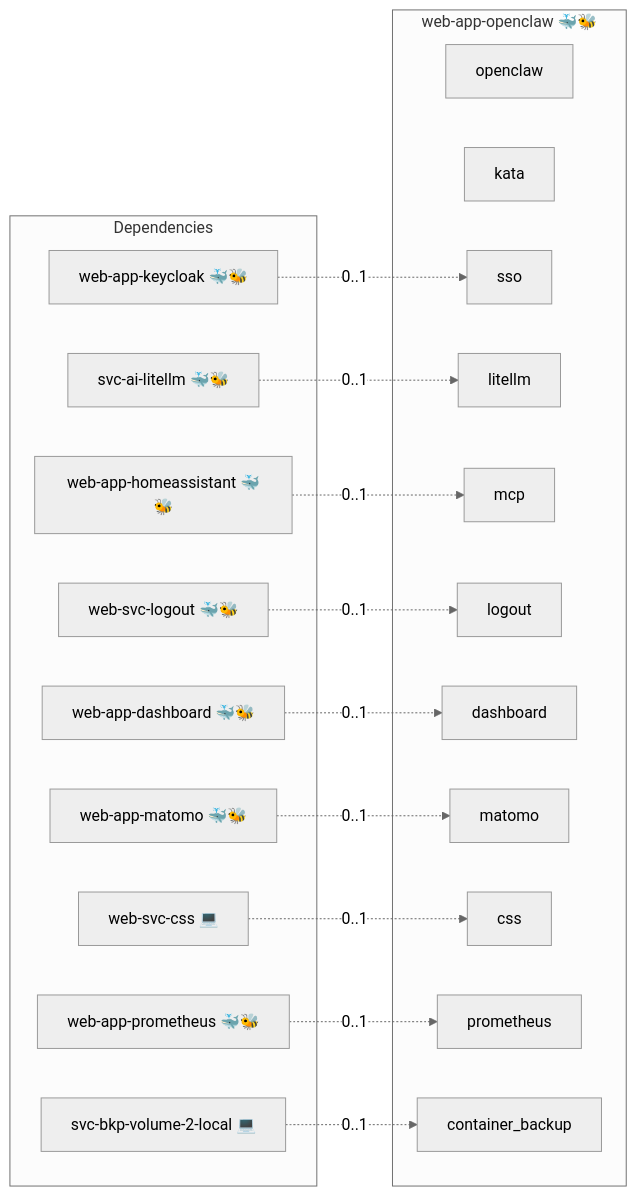
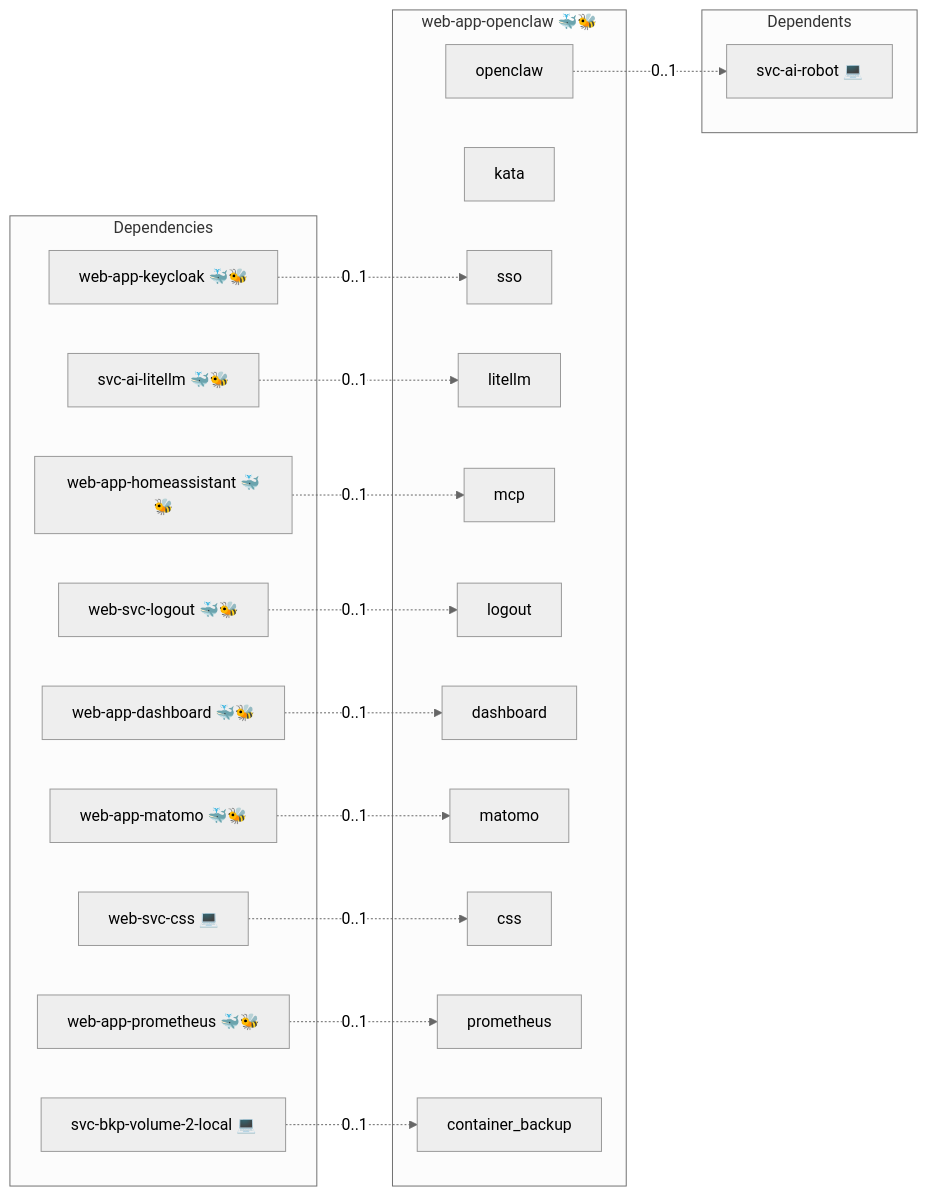
One commit to infinito-nexus/core changed the diagram in roles/web-app-openclaw/README.md. Above: the diagram before and after it, drawn with Mermaid (neutral theme). The commit also changed 16 other files, not shown here.

First line of the commit message:
feat(svc-ai-robot): embody an agent on a dedicated device

````diff
--- a/roles/web-app-openclaw/README.md
+++ b/roles/web-app-openclaw/README.md
@@ -15,36 +15,40 @@
 ```mermaid
 flowchart LR
     subgraph deps [Dependencies]
         dep_svc_ai_litellm["svc-ai-litellm 🐳🐝"]
         dep_svc_bkp_volume_2_local["svc-bkp-volume-2-local 💻"]
         dep_web_app_dashboard["web-app-dashboard 🐳🐝"]
         dep_web_app_homeassistant["web-app-homeassistant 🐳🐝"]
         dep_web_app_keycloak["web-app-keycloak 🐳🐝"]
         dep_web_app_matomo["web-app-matomo 🐳🐝"]
         dep_web_app_prometheus["web-app-prometheus 🐳🐝"]
         dep_web_svc_css["web-svc-css 💻"]
         dep_web_svc_logout["web-svc-logout 🐳🐝"]
     end
     subgraph role [web-app-openclaw 🐳🐝]
         svc_openclaw["openclaw"]
         svc_kata["kata"]
         svc_sso["sso"]
         svc_litellm["litellm"]
         svc_mcp["mcp"]
         svc_logout["logout"]
         svc_dashboard["dashboard"]
         svc_matomo["matomo"]
         svc_css["css"]
         svc_prometheus["prometheus"]
         svc_container_backup["container_backup"]
     end
+    subgraph dependents [Dependents]
+        dpt_svc_ai_robot["svc-ai-robot 💻"]
+    end
     dep_svc_ai_litellm -. "0..1" .-> svc_litellm
     dep_svc_bkp_volume_2_local -. "0..1" .-> svc_container_backup
     dep_web_app_dashboard -. "0..1" .-> svc_dashboard
     dep_web_app_homeassistant -. "0..1" .-> svc_mcp
     dep_web_app_keycloak -. "0..1" .-> svc_sso
     dep_web_app_matomo -. "0..1" .-> svc_matomo
     dep_web_app_prometheus -. "0..1" .-> svc_prometheus
     dep_web_svc_css -. "0..1" .-> svc_css
     dep_web_svc_logout -. "0..1" .-> svc_logout
+    svc_openclaw -. "0..1" .-> dpt_svc_ai_robot
 ```
````
